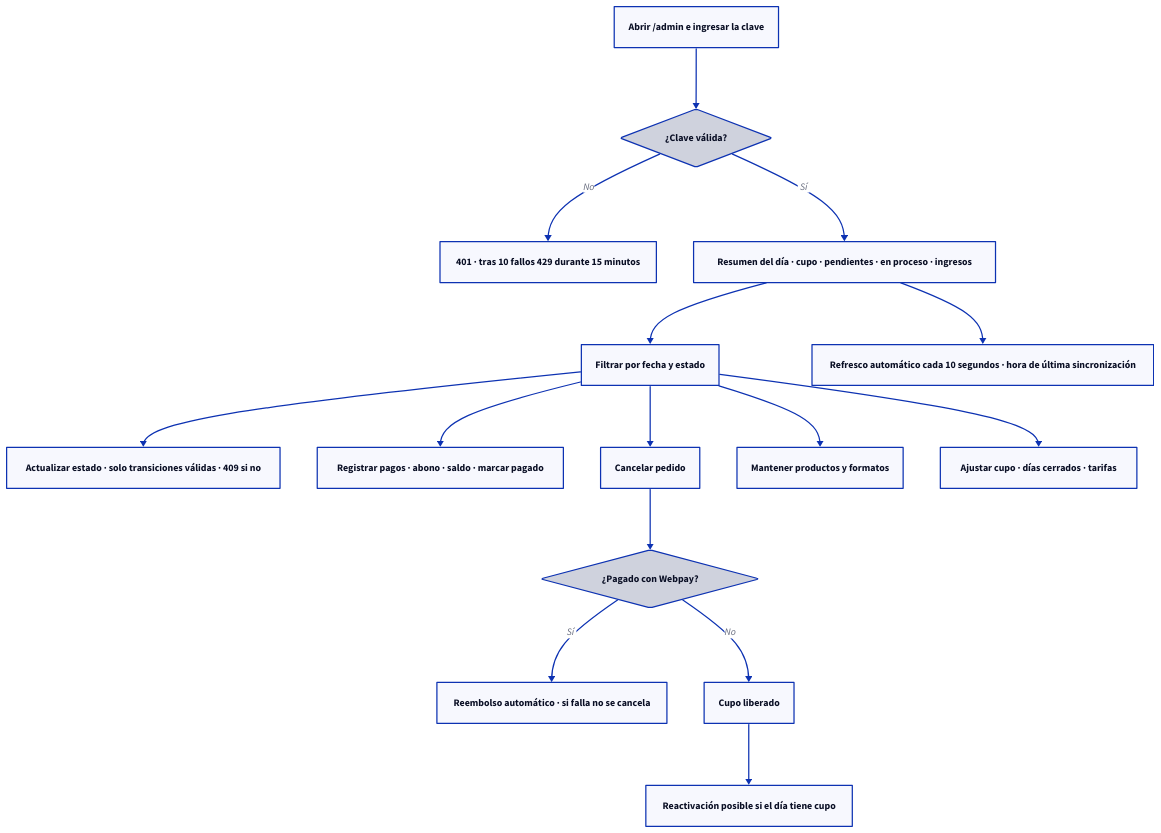
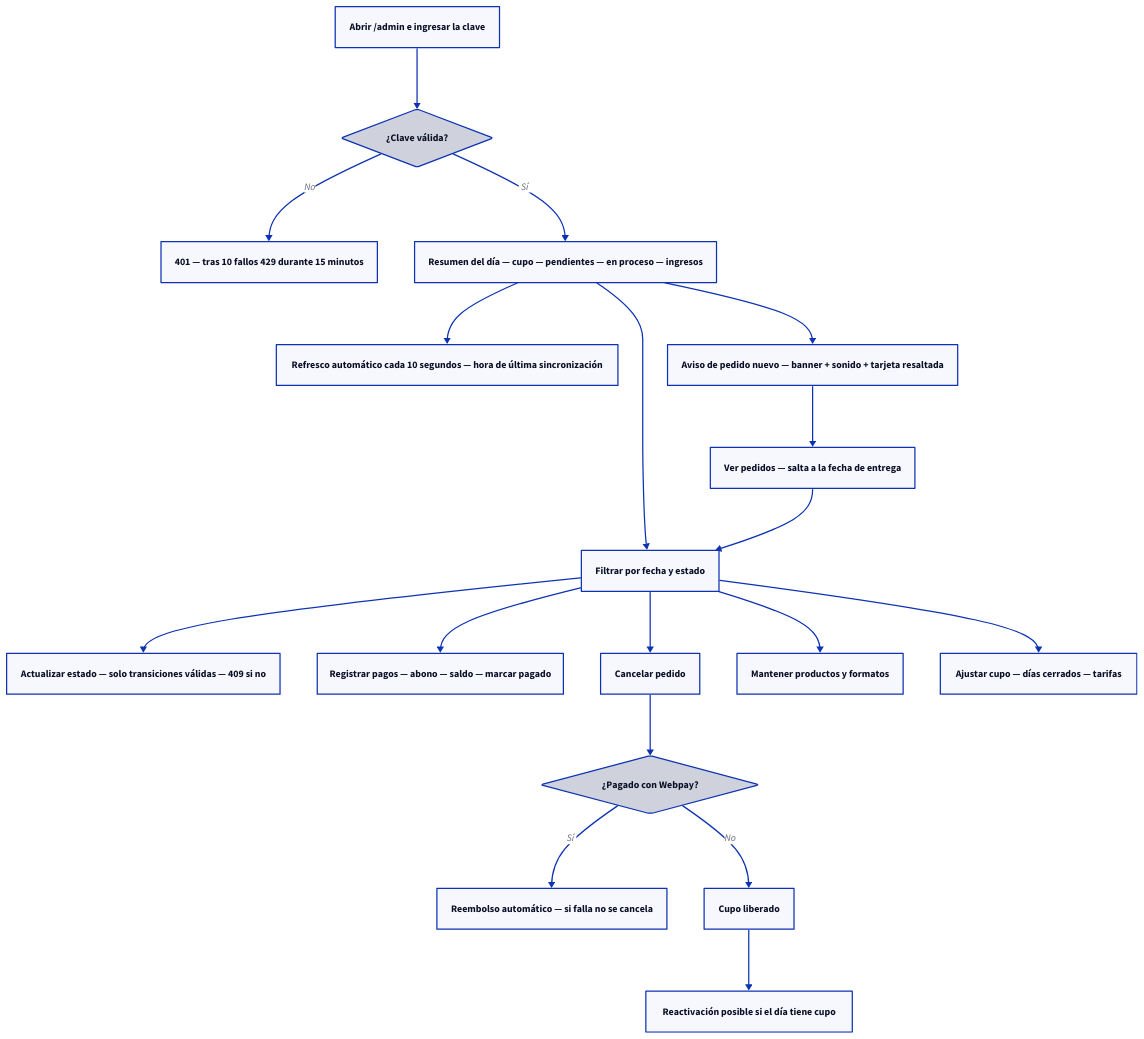
One commit to ThomasPuma/2026_2_MA_CAPSTONE_005D_GRUPO_6 changed the diagram in Fase 2/Evidencias Proyecto/Evidencias de Documentación/Imagenes/Diagramas/Fuentes-D2/d5_panel.d2. Above: the diagram before and after it, drawn with D2. The commit also changed 14 other files, not shown here.

Commit message:
Actualizar diagramas y conteo de tablas tras la mejora post-cierre

```diff
--- a/Fase 2/Evidencias Proyecto/Evidencias de Documentación/Imagenes/Diagramas/Fuentes-D2/d5_panel.d2
+++ b/Fase 2/Evidencias Proyecto/Evidencias de Documentación/Imagenes/Diagramas/Fuentes-D2/d5_panel.d2
@@ -1,34 +1,39 @@
 # Operación diaria del panel interno
 
 direction: down
 
 a: "Abrir /admin e ingresar la clave"
 b: "¿Clave válida?" {shape: diamond}
-c: "401 · tras 10 fallos 429 durante 15 minutos"
-d: "Resumen del día · cupo · pendientes · en proceso · ingresos"
+c: "401 — tras 10 fallos 429 durante 15 minutos"
+d: "Resumen del día — cupo — pendientes — en proceso — ingresos"
 e: "Filtrar por fecha y estado"
-f: "Actualizar estado · solo transiciones válidas · 409 si no"
-g: "Registrar pagos · abono · saldo · marcar pagado"
+f: "Actualizar estado — solo transiciones válidas — 409 si no"
+g: "Registrar pagos — abono — saldo — marcar pagado"
 h: "Cancelar pedido"
 i: "¿Pagado con Webpay?" {shape: diamond}
-j: "Reembolso automático · si falla no se cancela"
+j: "Reembolso automático — si falla no se cancela"
 k: "Cupo liberado"
 o: "Reactivación posible si el día tiene cupo"
 l: "Mantener productos y formatos"
-m: "Ajustar cupo · días cerrados · tarifas"
-n: "Refresco automático cada 10 segundos · hora de última sincronización"
+m: "Ajustar cupo — días cerrados — tarifas"
+n: "Refresco automático cada 10 segundos — hora de última sincronización"
+p: "Aviso de pedido nuevo — banner + sonido + tarjeta resaltada"
+q: "Ver pedidos — salta a la fecha de entrega"
 
 a -> b
 b -> c: "No"
 b -> d: "Sí"
 d -> e
 e -> f
 e -> g
 e -> h
 h -> i
 i -> j: "Sí"
 i -> k: "No"
 k -> o
 e -> l
 e -> m
 d -> n
+d -> p
+p -> q
+q -> e
```
